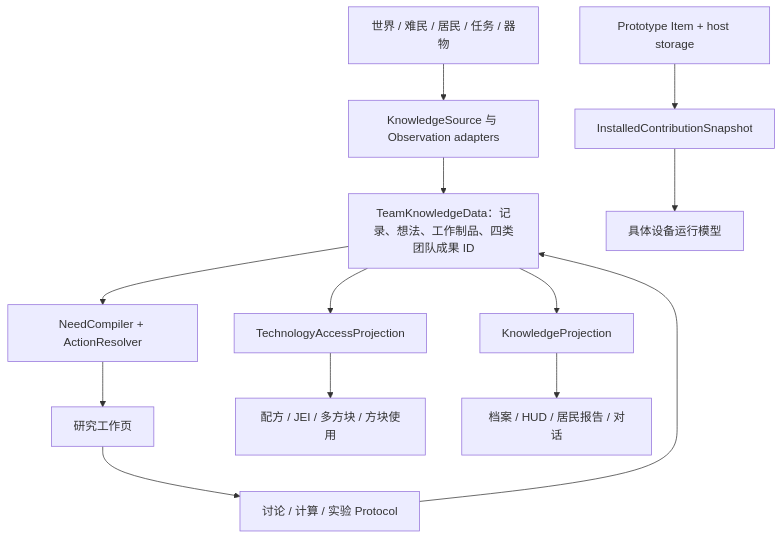
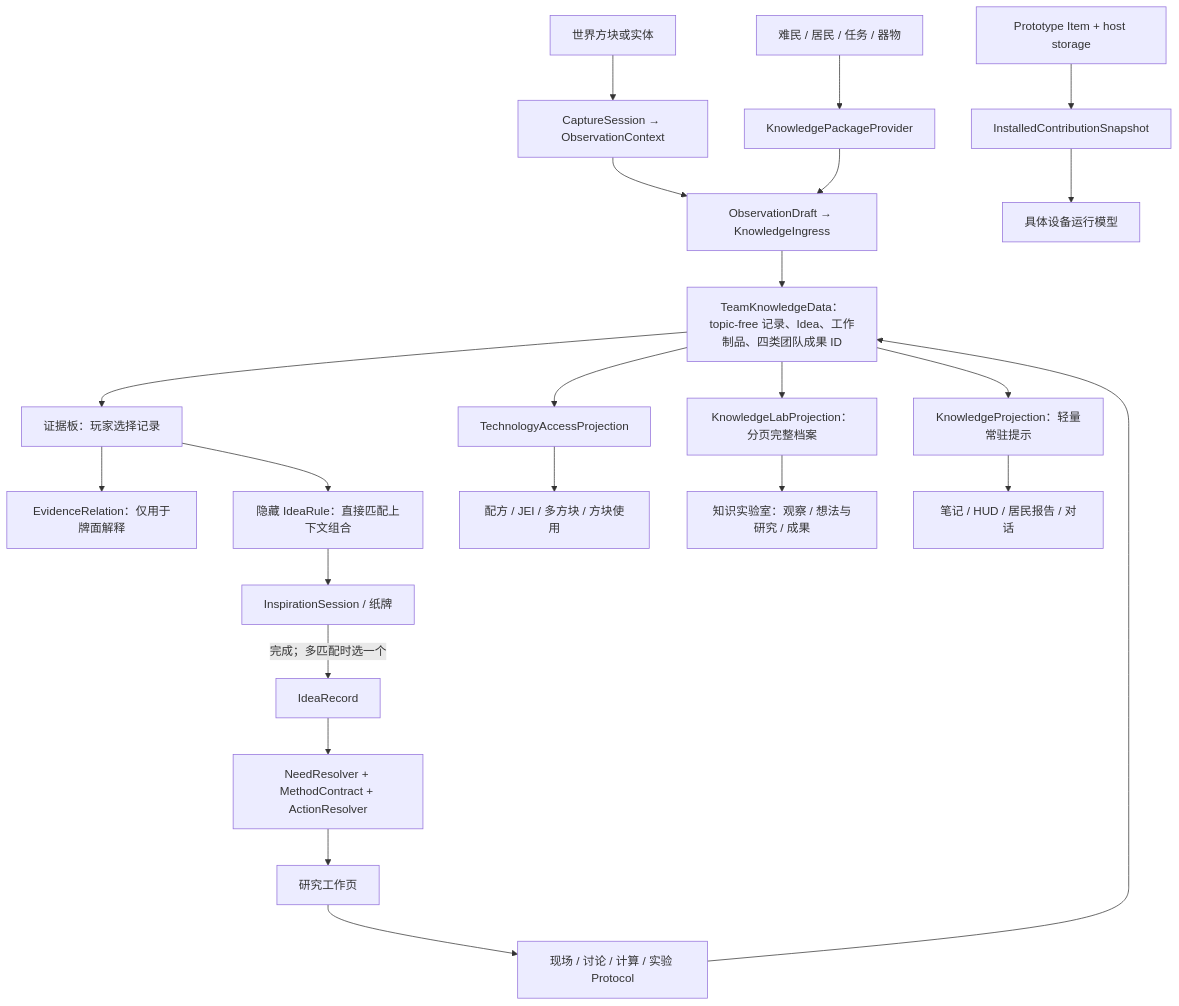
Before and after one commit to TeamMoegMC/FrostedHeart: the third of 3 diagrams in plans/2026-08-25_16-17-39_generative-research-knowledge-laboratory-v2.md, drawn with Mermaid. The commit also changed other lines of this file and 95 other files, not shown here.

Commit message:
feat(research): initial knowledge acquisition model and idea generation model

```diff
--- a/plans/2026-08-25_16-17-39_generative-research-knowledge-laboratory-v2.md
+++ b/plans/2026-08-25_16-17-39_generative-research-knowledge-laboratory-v2.md
@@ -824,15 +1091,25 @@
 ~~~mermaid
 flowchart TB
-    S["世界 / 难民 / 居民 / 任务 / 器物"] --> O["KnowledgeSource 与 Observation adapters"]
-    O --> G["TeamKnowledgeData：记录、想法、工作制品、四类团队成果 ID"]
-    G --> N["NeedCompiler + ActionResolver"]
+    S["世界方块或实体"] --> O["CaptureSession → ObservationContext"]
+    Q["难民 / 居民 / 任务 / 器物"] --> P["KnowledgePackageProvider"]
+    O --> X["ObservationDraft → KnowledgeIngress"]
+    P --> X
+    X --> G["TeamKnowledgeData：topic-free 记录、Idea、工作制品、四类团队成果 ID"]
+    G --> B["证据板：玩家选择记录"]
+    B --> E["EvidenceRelation：仅用于牌面解释"]
+    B --> R["隐藏 IdeaRule：直接匹配上下文组合"]
+    R --> C["InspirationSession / 纸牌"]
+    C -->|"完成；多匹配时选一个"| A["IdeaRecord"]
+    A --> N["NeedResolver + MethodContract + ActionResolver"]
     N --> W["研究工作页"]
-    W --> L["讨论 / 计算 / 实验 Protocol"]
+    W --> L["现场 / 讨论 / 计算 / 实验 Protocol"]
     L --> G
-    G --> K["KnowledgeProjection"]
+    G --> J["KnowledgeLabProjection：分页完整档案"]
+    G --> K["KnowledgeProjection：轻量常驻提示"]
     G --> T["TechnologyAccessProjection"]
-    P["Prototype Item + host storage"] --> I["InstalledContributionSnapshot"]
-    T --> C["配方 / JEI / 多方块 / 方块使用"]
-    K --> U["档案 / HUD / 居民报告 / 对话"]
+    Z["Prototype Item + host storage"] --> I["InstalledContributionSnapshot"]
+    T --> V["配方 / JEI / 多方块 / 方块使用"]
+    J --> Y["知识实验室：观察 / 想法与研究 / 成果"]
+    K --> U["笔记 / HUD / 居民报告 / 对话"]
     I --> H["具体设备运行模型"]
 ~~~
```
